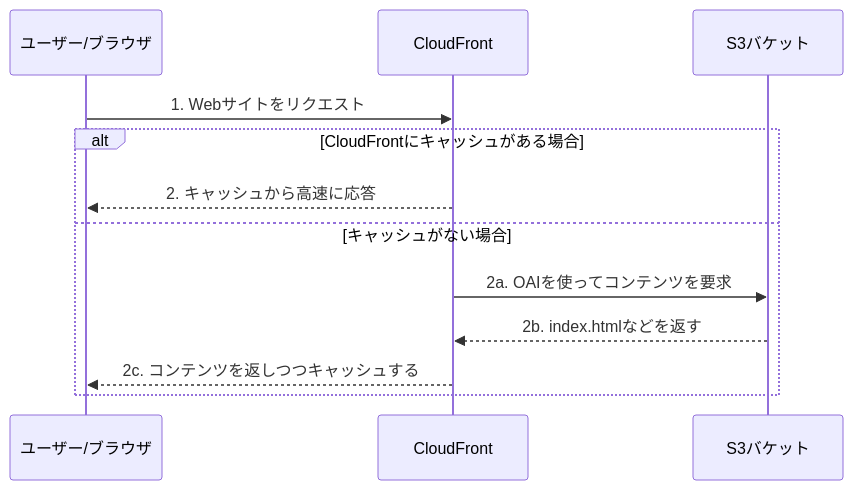
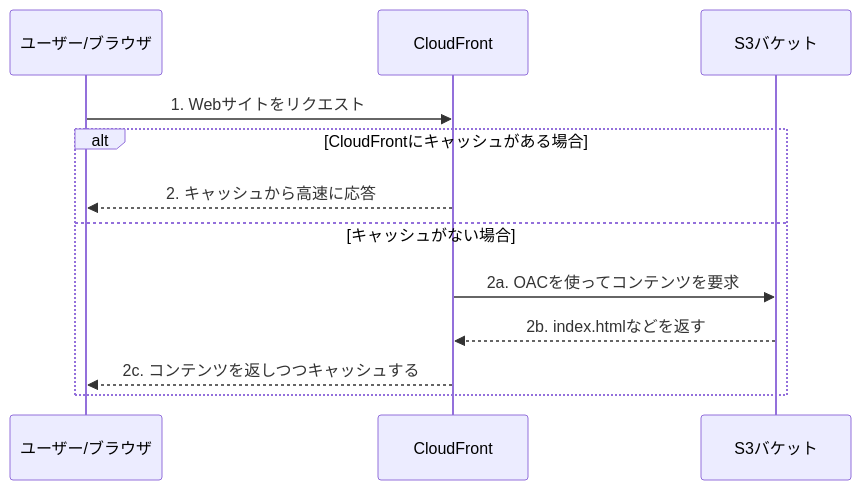
Before and after one commit to andsaki/cdk-study: the first of 2 diagrams in README.md, drawn with Mermaid. The commit also changed other lines of this file and 1 other file, not shown here.

````diff
--- a/README.md
+++ b/README.md
@@ -25,15 +26,15 @@
 ```mermaid
 sequenceDiagram
-    participant ユーザー/ブラウザ
-    participant CloudFront
-    participant S3バケット
+    participant User as ユーザー/ブラウザ
+    participant CF as CloudFront
+    participant S3 as S3バケット
 
-    ユーザー/ブラウザ->>CloudFront: 1. Webサイトをリクエスト
+    User->>CF: 1. Webサイトをリクエスト
     alt CloudFrontにキャッシュがある場合
-        CloudFront-->>ユーザー/ブラウザ: 2. キャッシュから高速に応答
+        CF-->>User: 2. キャッシュから高速に応答
     else キャッシュがない場合
-        CloudFront->>S3バケット: 2a. OAIを使ってコンテンツを要求
-        S3バケット-->>CloudFront: 2b. index.htmlなどを返す
-        CloudFront-->>ユーザー/ブラウザ: 2c. コンテンツを返しつつキャッシュする
+        CF->>S3: 2a. OACを使ってコンテンツを要求
+        S3-->>CF: 2b. index.htmlなどを返す
+        CF-->>User: 2c. コンテンツを返しつつキャッシュする
     end
 ```
````
